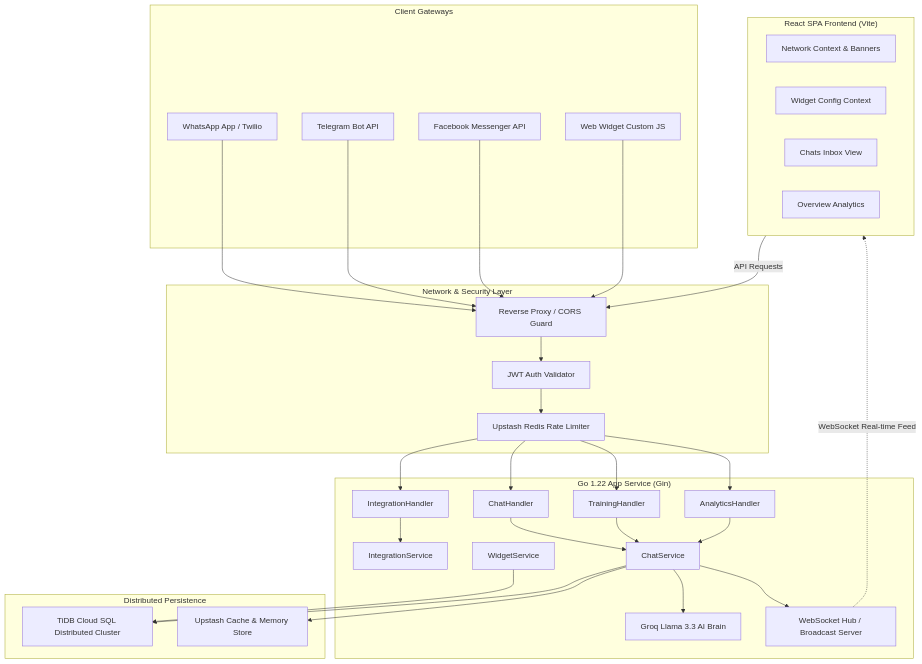
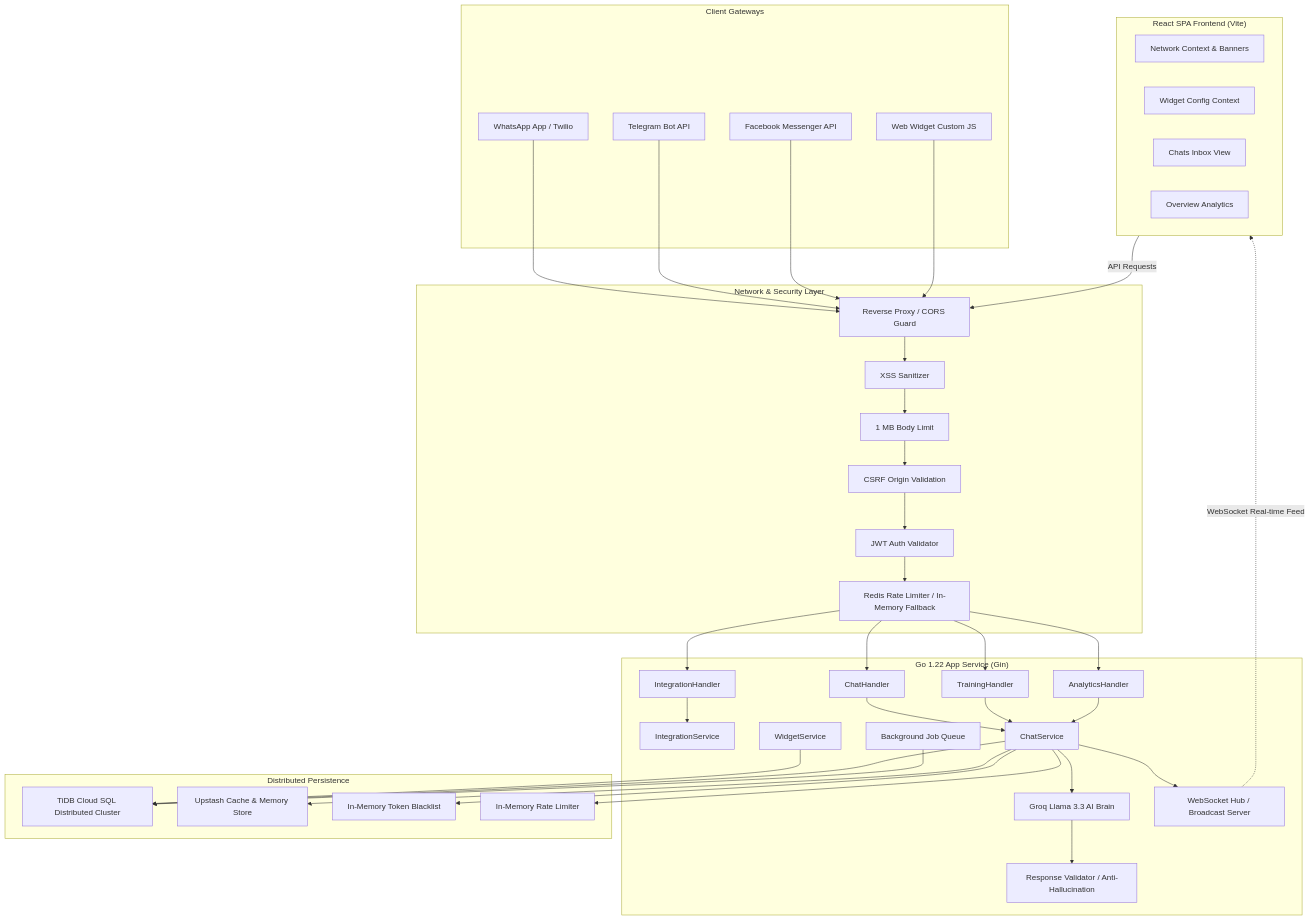
One commit to noant-enterprise/noant changed the first of 2 diagrams in README.md. Above: the diagram before and after it, drawn with Mermaid. The commit also changed other lines of this file and 3 other files, not shown here.

````diff
--- a/README.md
+++ b/README.md
@@ -41,6 +129,5 @@
 ```mermaid
 graph TD
-    %% Clients
     subgraph Clients ["Client Gateways"]
         WA[WhatsApp App / Twilio]
         TG[Telegram Bot API]
@@ -48,35 +135,38 @@
         WB[Web Widget Custom JS]
     end
 
-    %% Routing Layer
     subgraph Edge ["Network & Security Layer"]
         R_PROXY[Reverse Proxy / CORS Guard]
         JWT_AUTH[JWT Auth Validator]
-        RATE_LIM[Upstash Redis Rate Limiter]
+        RATE_LIM[Redis Rate Limiter / In-Memory Fallback]
+        CSRF[CSRF Origin Validation]
+        BODY_LIMIT[1 MB Body Limit]
+        SANITIZE[XSS Sanitizer]
     end
 
-    %% Application Backend
     subgraph Backend ["Go 1.22 App Service (Gin)"]
         H_CHATS[ChatHandler]
         H_INTEG[IntegrationHandler]
         H_TRAIN[TrainingHandler]
         H_ANALY[AnalyticsHandler]
-        
+
         S_INTEG[IntegrationService]
         S_WIDGET[WidgetService]
         S_CHAT[ChatService]
-        
+
         AI_BRAIN[Groq Llama 3.3 AI Brain]
+        AI_VALIDATE[Response Validator / Anti-Hallucination]
         WS_HUB[WebSocket Hub / Broadcast Server]
+        JOB_Q[Background Job Queue]
     end
 
-    %% Persistence Layer
     subgraph Storage ["Distributed Persistence"]
         DB_TIDB[TiDB Cloud SQL Distributed Cluster]
         CACHE_RED[Upstash Cache & Memory Store]
+        MEM_BLACKLIST[In-Memory Token Blacklist]
+        MEM_RATELIMIT[In-Memory Rate Limiter]
     end
 
-    %% Frontend App
     subgraph UI ["React SPA Frontend (Vite)"]
         RT_CONN[Network Context & Banners]
         WC_CTX[Widget Config Context]
@@ -84,14 +174,17 @@
         ANALY_DASH[Overview Analytics]
     end
 
-    %% Connections
     WA --> R_PROXY
     TG --> R_PROXY
     FB --> R_PROXY
     WB --> R_PROXY
 
-    R_PROXY --> JWT_AUTH
+    R_PROXY --> SANITIZE
+    SANITIZE --> BODY_LIMIT
+    BODY_LIMIT --> CSRF
+    CSRF --> JWT_AUTH
     JWT_AUTH --> RATE_LIM
+
     RATE_LIM --> H_CHATS
     RATE_LIM --> H_INTEG
     RATE_LIM --> H_TRAIN
@@ -103,11 +196,16 @@
     H_ANALY --> S_CHAT
 
     S_CHAT --> AI_BRAIN
+    AI_BRAIN --> AI_VALIDATE
     S_CHAT --> WS_HUB
     S_WIDGET --> DB_TIDB
 
     S_CHAT --> DB_TIDB
     S_CHAT --> CACHE_RED
+    S_CHAT --> MEM_BLACKLIST
+    S_CHAT --> MEM_RATELIMIT
+
+    JOB_Q --> DB_TIDB
 
     WS_HUB -.->|WebSocket Real-time Feed| UI
     UI -->|API Requests| R_PROXY
````
